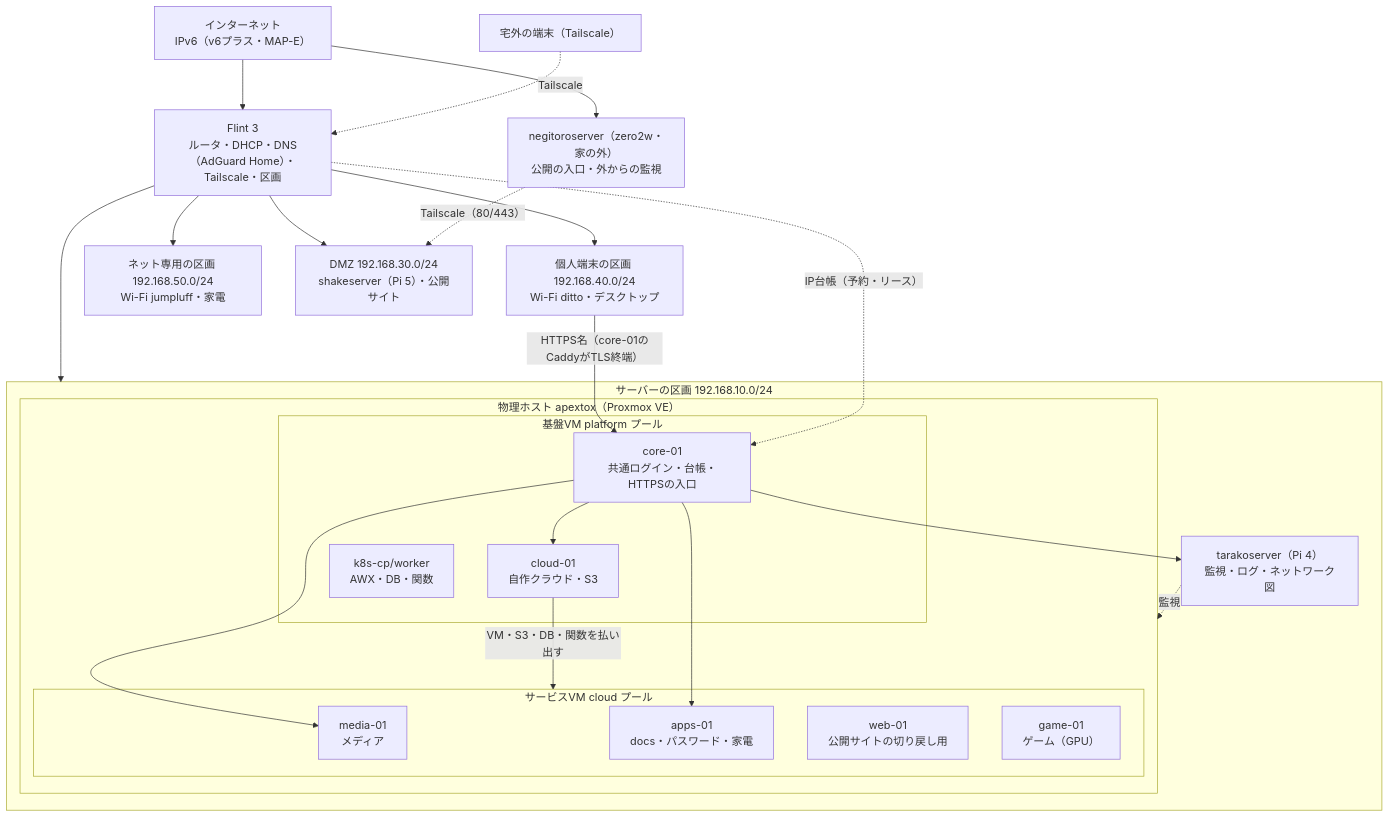
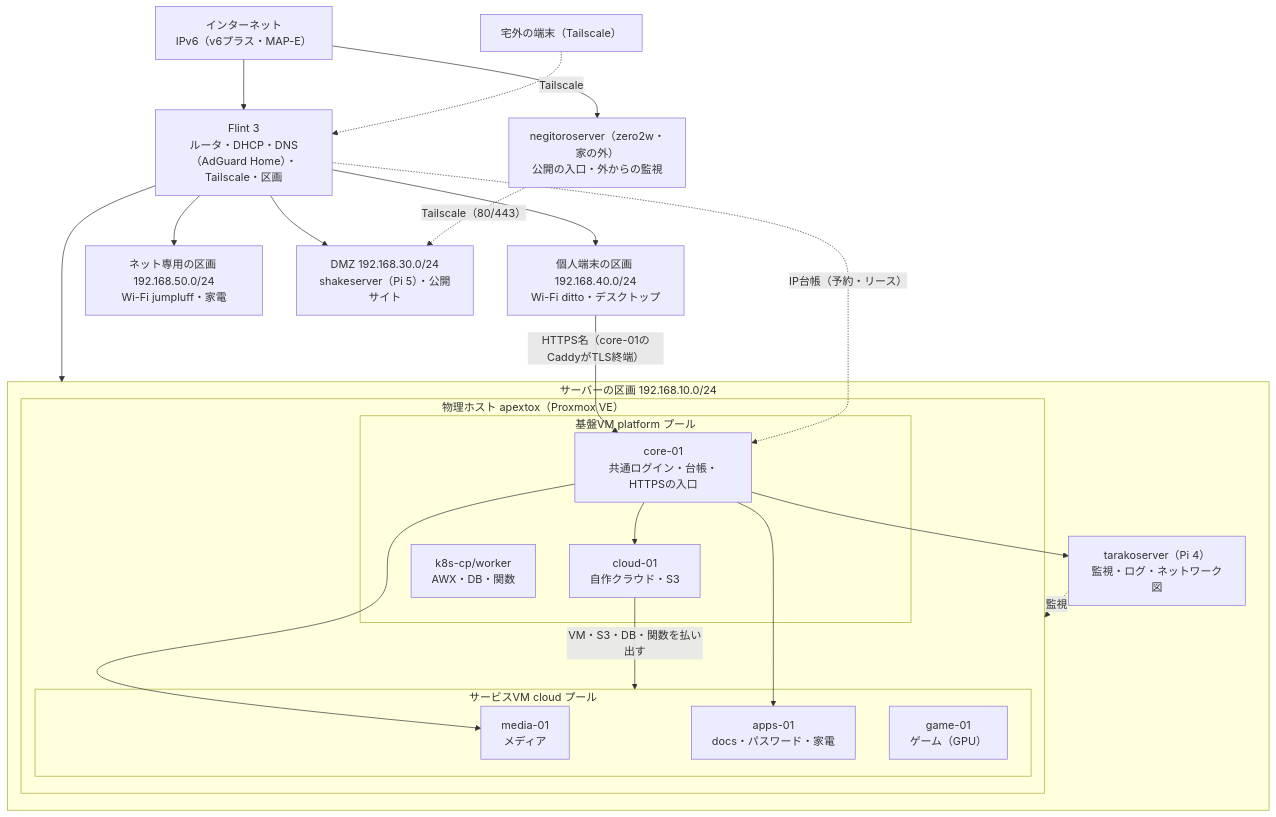
The first of 14 diagrams in docs/architecture/overview.md (rurutheGeek/shake-cloud), drawn with Mermaid before and after one commit. The commit also changed 37 other files, not shown here.

````diff
--- a/docs/architecture/overview.md
+++ b/docs/architecture/overview.md
@@ -29,44 +29,43 @@
 ```mermaid
 flowchart TB
   internet["インターネット<br/>IPv6（v6プラス・MAP-E）"]
   remote["宅外の端末（Tailscale）"]
   relay["negitoroserver（zero2w・家の外）<br/>公開の入口・外からの監視"]
   router["Flint 3<br/>ルータ・DHCP・DNS（AdGuard Home）・Tailscale・区画"]
 
   subgraph server["サーバーの区画 192.168.10.0/24"]
     subgraph host["物理ホスト apextox（Proxmox VE）"]
       subgraph infra["基盤VM platform プール"]
         core01["core-01<br/>共通ログイン・台帳・HTTPSの入口"]
         cloud01["cloud-01<br/>自作クラウド・S3"]
         k8s["k8s-cp/worker<br/>AWX・DB・関数"]
       end
       subgraph svcpool["サービスVM cloud プール"]
         media["media-01<br/>メディア"]
         apps["apps-01<br/>docs・パスワード・家電"]
-        web["web-01<br/>公開サイトの切り戻し用"]
         game["game-01<br/>ゲーム（GPU）"]
       end
     end
     taraco["tarakoserver（Pi 4）<br/>監視・ログ・ネットワーク図"]
   end
   personal["個人端末の区画 192.168.40.0/24<br/>Wi-Fi ditto・デスクトップ"]
   iot["ネット専用の区画 192.168.50.0/24<br/>Wi-Fi jumpluff・家電"]
   dmz["DMZ 192.168.30.0/24<br/>shakeserver（Pi 5）・公開サイト"]
 
   internet --> router
   router --> server
   router --> personal
   router --> iot
   router --> dmz
   remote -. Tailscale .-> router
   internet --> relay
   relay -. "Tailscale（80/443）" .-> dmz
   personal -- "HTTPS名（core-01のCaddyがTLS終端）" --> core01
   core01 --> apps
   core01 --> media
   core01 --> taraco
   core01 --> cloud01
   cloud01 -- "VM・S3・DB・関数を払い出す" --> svcpool
   taraco -. "監視" .-> host
   router -. "IP台帳（予約・リース）" .-> core01
 ```
````
